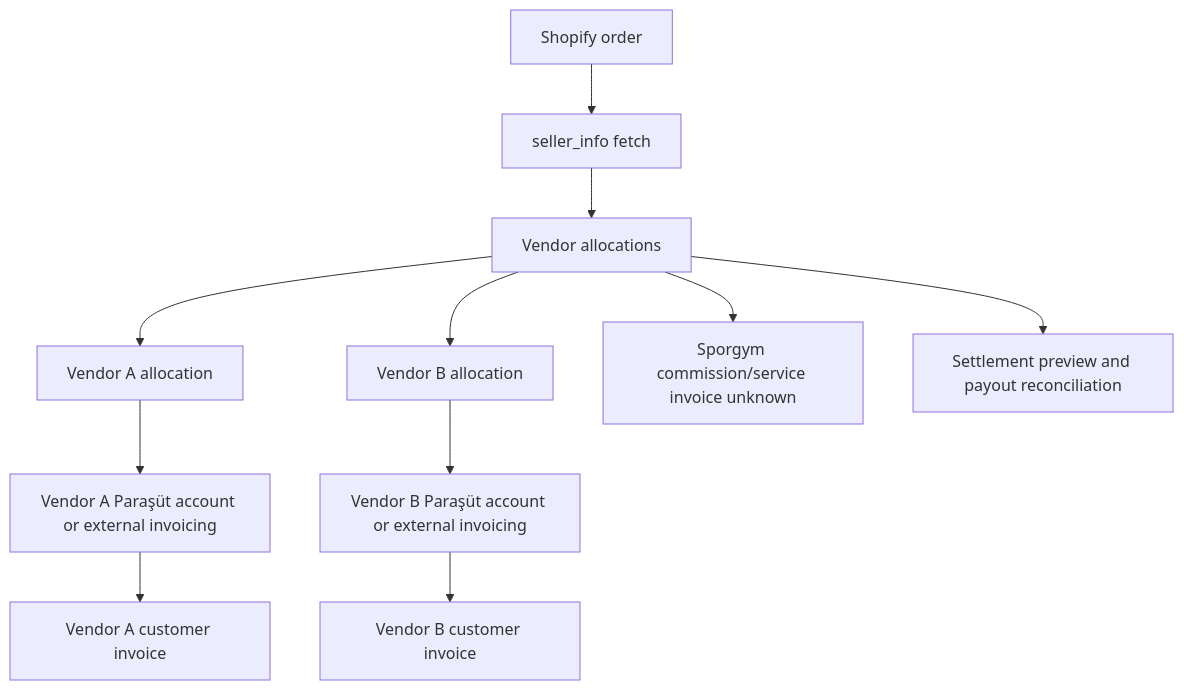
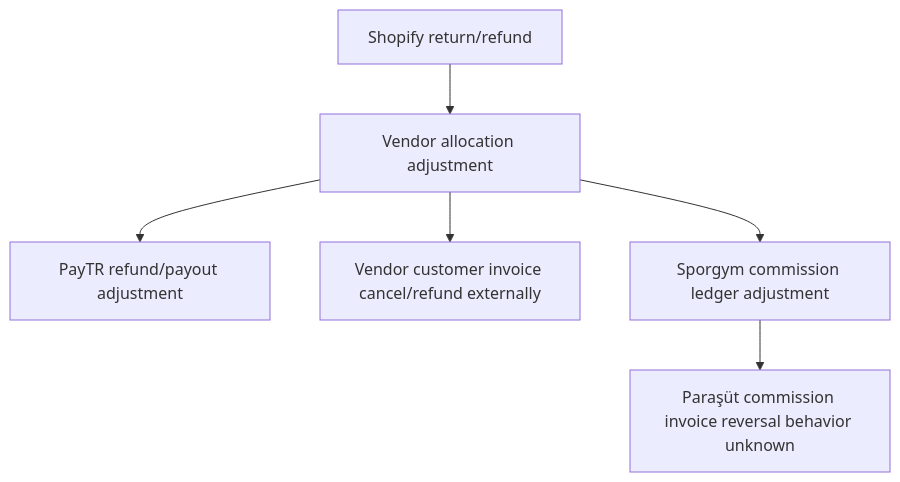
Before and after one commit to onurdpl/1vendor-dashboard: the second of 3 diagrams in docs/PARASUT_MARKETPLACE_DISCOVERY.md, drawn with Mermaid. The commit also changed other lines of this file, not shown here.

Commit message:
Align Paraşüt discovery with vendor MoR model

````diff
--- a/docs/PARASUT_MARKETPLACE_DISCOVERY.md
+++ b/docs/PARASUT_MARKETPLACE_DISCOVERY.md
@@ -688,13 +593,8 @@
 ```mermaid
 flowchart TD
-  A["Shopify order"] --> B["seller_info fetch"]
-  B --> C["Vendor allocations"]
-  C --> D1["Vendor A allocation"]
-  C --> D2["Vendor B allocation"]
-  D1 --> E1["Vendor A Paraşüt account or external invoicing"]
-  D2 --> E2["Vendor B Paraşüt account or external invoicing"]
-  E1 --> F1["Vendor A customer invoice"]
-  E2 --> F2["Vendor B customer invoice"]
-  C --> G["Sporgym commission/service invoice unknown"]
-  C --> H["Settlement preview and payout reconciliation"]
+  A["Shopify return/refund"] --> B["Vendor allocation adjustment"]
+  B --> C["PayTR refund/payout adjustment"]
+  B --> D["Vendor customer invoice cancel/refund externally"]
+  B --> E["Sporgym commission ledger adjustment"]
+  E --> F["Paraşüt commission invoice reversal behavior unknown"]
 ```
````
